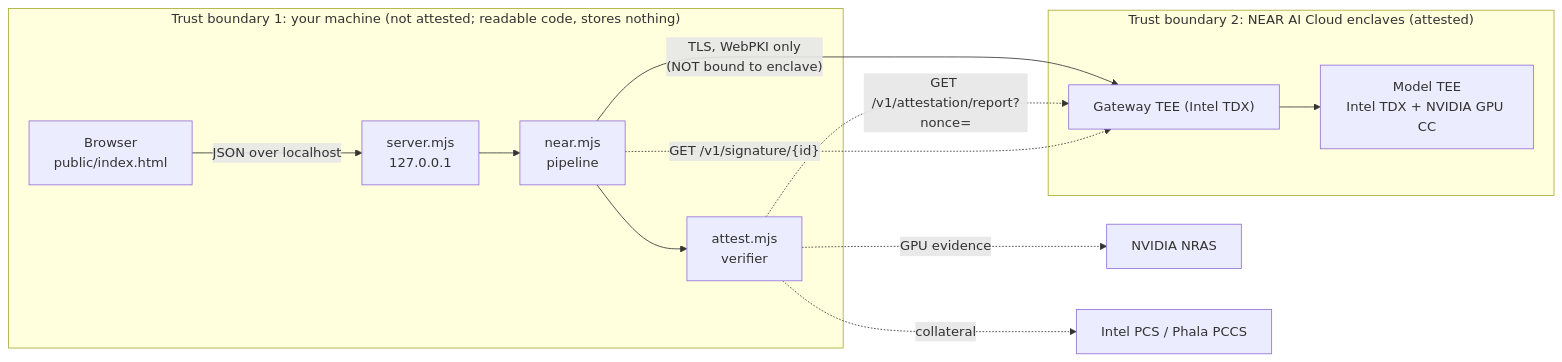
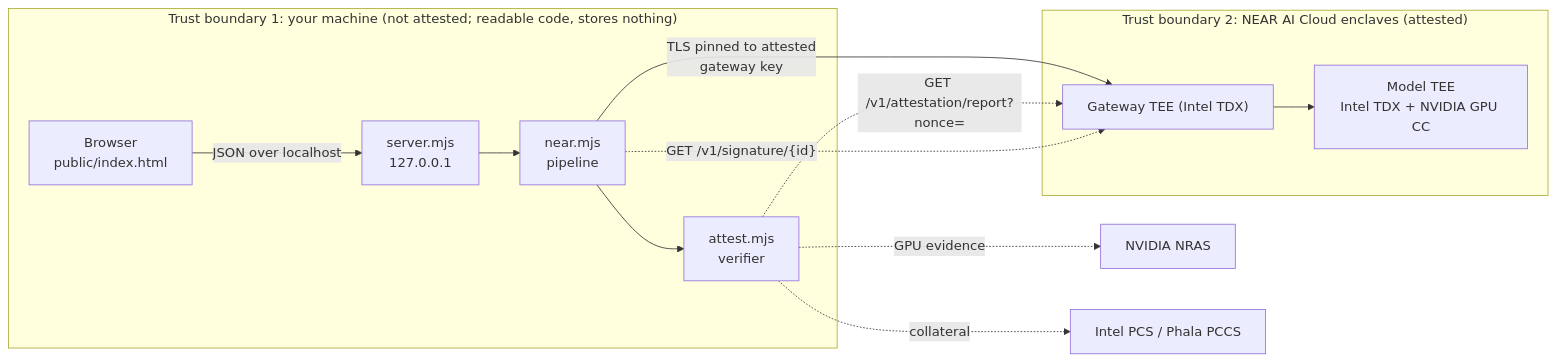
One commit to oocoder/saferedline changed the diagram in docs/architecture.md. Above: the diagram before and after it, drawn with Mermaid. The commit also changed other lines of this file and 6 other files, not shown here.

````diff
--- a/docs/architecture.md
+++ b/docs/architecture.md
@@ -7,16 +7,16 @@
 ```mermaid
 flowchart LR
   subgraph L["Trust boundary 1: your machine (not attested; readable code, stores nothing)"]
     B["Browser<br/>public/index.html"] -->|"JSON over localhost"| S["server.mjs<br/>127.0.0.1"]
     S --> N["near.mjs<br/>pipeline"]
     N --> A["attest.mjs<br/>verifier"]
   end
-  N -->|"TLS, WebPKI only<br/>(NOT bound to enclave)"| GW
+  N -->|"TLS pinned to attested<br/>gateway key"| GW
   subgraph E["Trust boundary 2: NEAR AI Cloud enclaves (attested)"]
     GW["Gateway TEE (Intel TDX)"] --> M["Model TEE<br/>Intel TDX + NVIDIA GPU CC"]
   end
   A -.->|"GET /v1/attestation/report?nonce="| GW
   A -.->|"GPU evidence"| R["NVIDIA NRAS"]
   A -.->|"collateral"| P["Intel PCS / Phala PCCS"]
   N -.->|"GET /v1/signature/{id}"| GW
 ```
````
